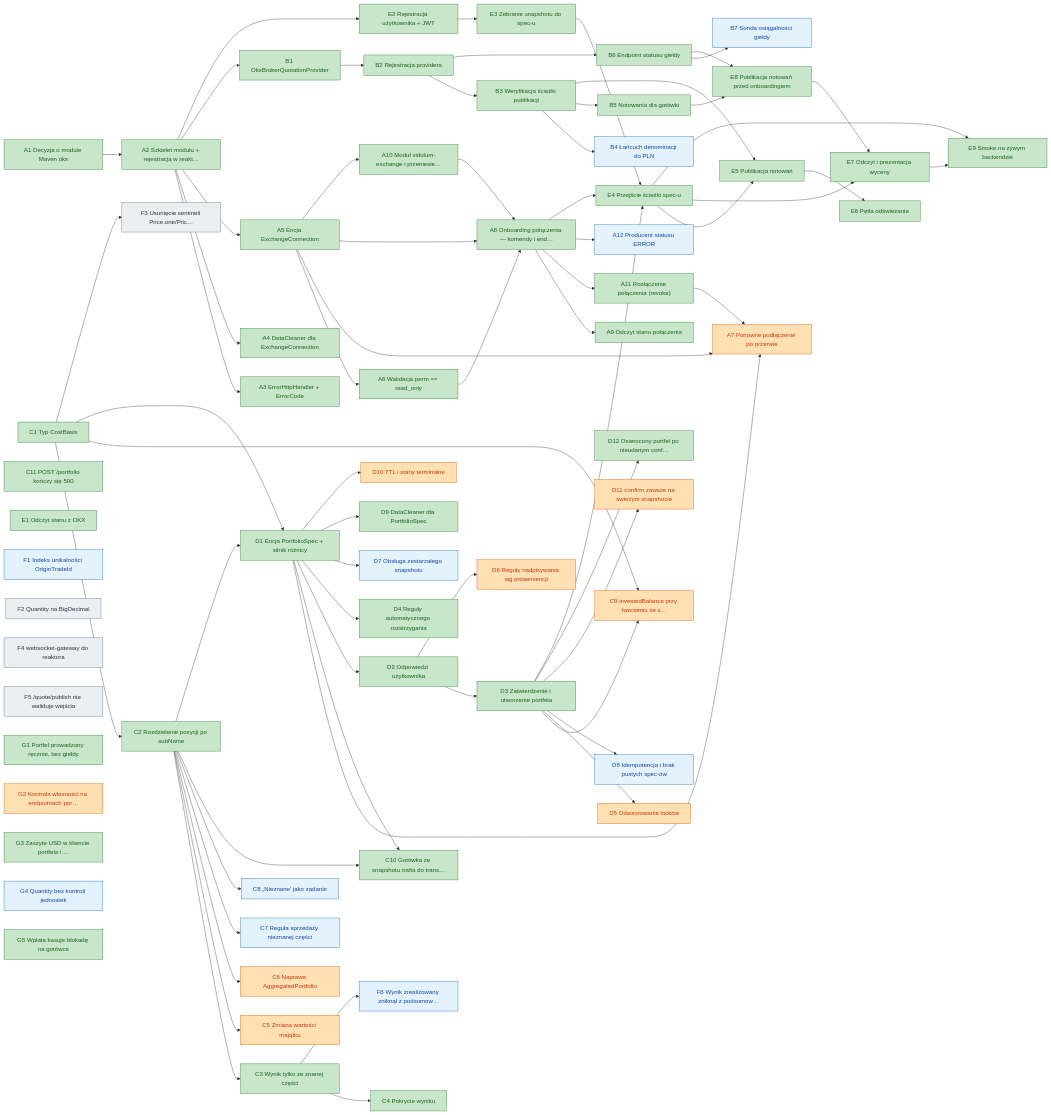
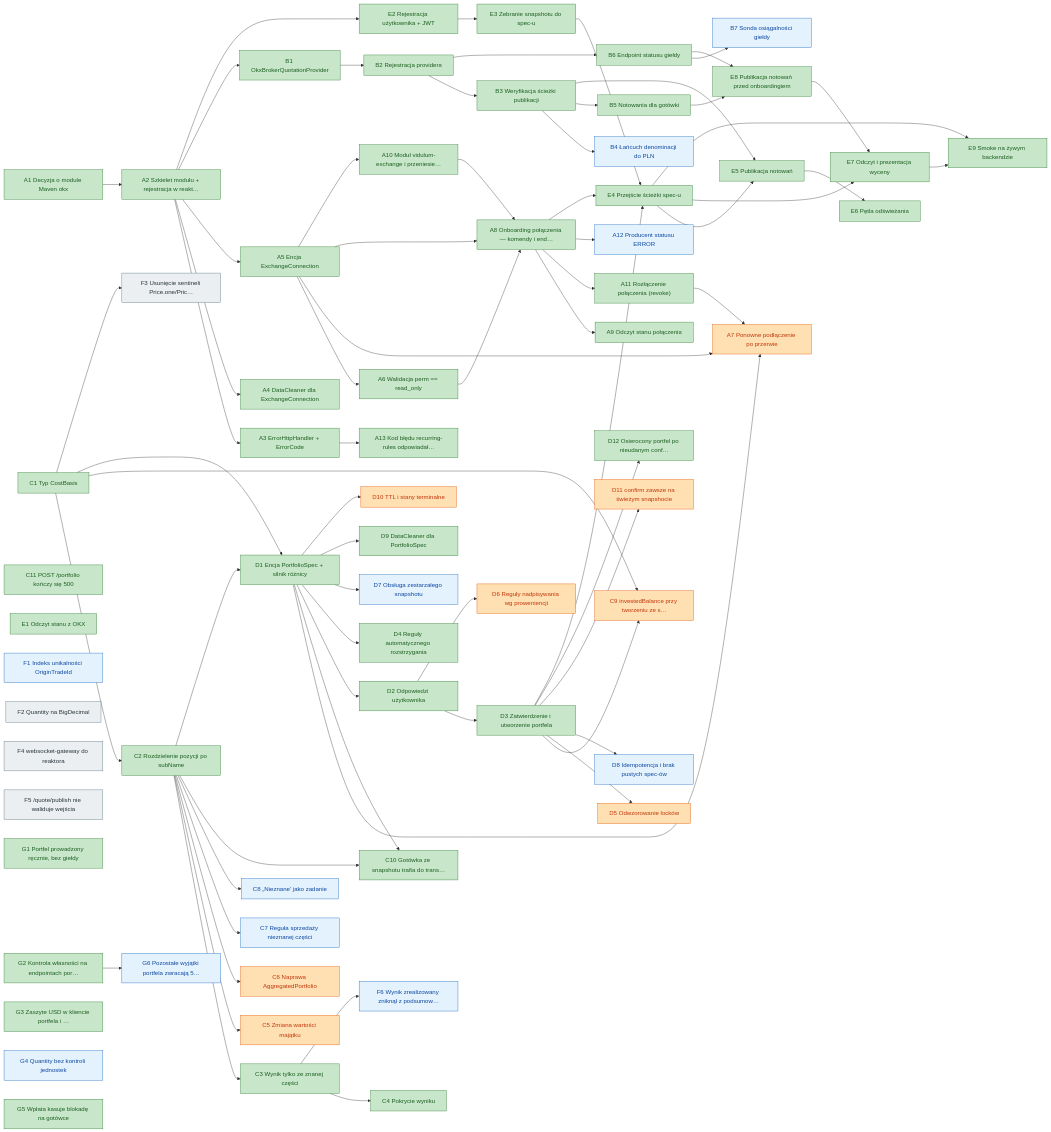
Before and after one commit to lu92/vidulum: the diagram in docs/features-backlog/2026-09-18-okx-tasks.md, drawn with Mermaid. The commit also changed other lines of this file and 23 other files, not shown here.

````diff
--- a/docs/features-backlog/2026-09-18-okx-tasks.md
+++ b/docs/features-backlog/2026-09-18-okx-tasks.md
@@ -189,6 +191,7 @@
     A10["A10 Moduł vidulum-exchange i przeniesie…"]:::done
     A11["A11 Rozłączenie połączenia (revoke)"]:::done
     A12["A12 Producent statusu ERROR"]:::p2
+    A13["A13 Kod błędu recurring-rules odpowiadał…"]:::done
     B1["B1 OkxBrokerQuotationProvider"]:::done
     B2["B2 Rejestracja providera"]:::done
     B3["B3 Weryfikacja ścieżki publikacji"]:::done
@@ -235,10 +238,11 @@
     F5["F5 /quote/publish nie waliduje wejścia"]:::p3
     F6["F6 Wynik zrealizowany zniknął z podsumow…"]:::p2
     G1["G1 Portfel prowadzony ręcznie, bez giełdy"]:::done
-    G2["G2 Kontrola własności na endpointach por…"]:::p1
+    G2["G2 Kontrola własności na endpointach por…"]:::done
     G3["G3 Zaszyte USD w kliencie portfela i …"]:::done
     G4["G4 Quantity bez kontroli jednostek"]:::p2
     G5["G5 Wpłata kasuje blokadę na gotówce"]:::done
+    G6["G6 Pozostałe wyjątki portfela zwracają 5…"]:::p2
 
     A1 --> A2
     A2 --> A3
@@ -255,6 +259,7 @@
     A5 --> A10
     A8 --> A11
     A8 --> A12
+    A3 --> A13
     A2 --> B1
     B1 --> B2
     B2 --> B3
@@ -302,4 +307,5 @@
     E7 --> E9
     C1 --> F3
     C3 --> F6
+    G2 --> G6
 ```
````
